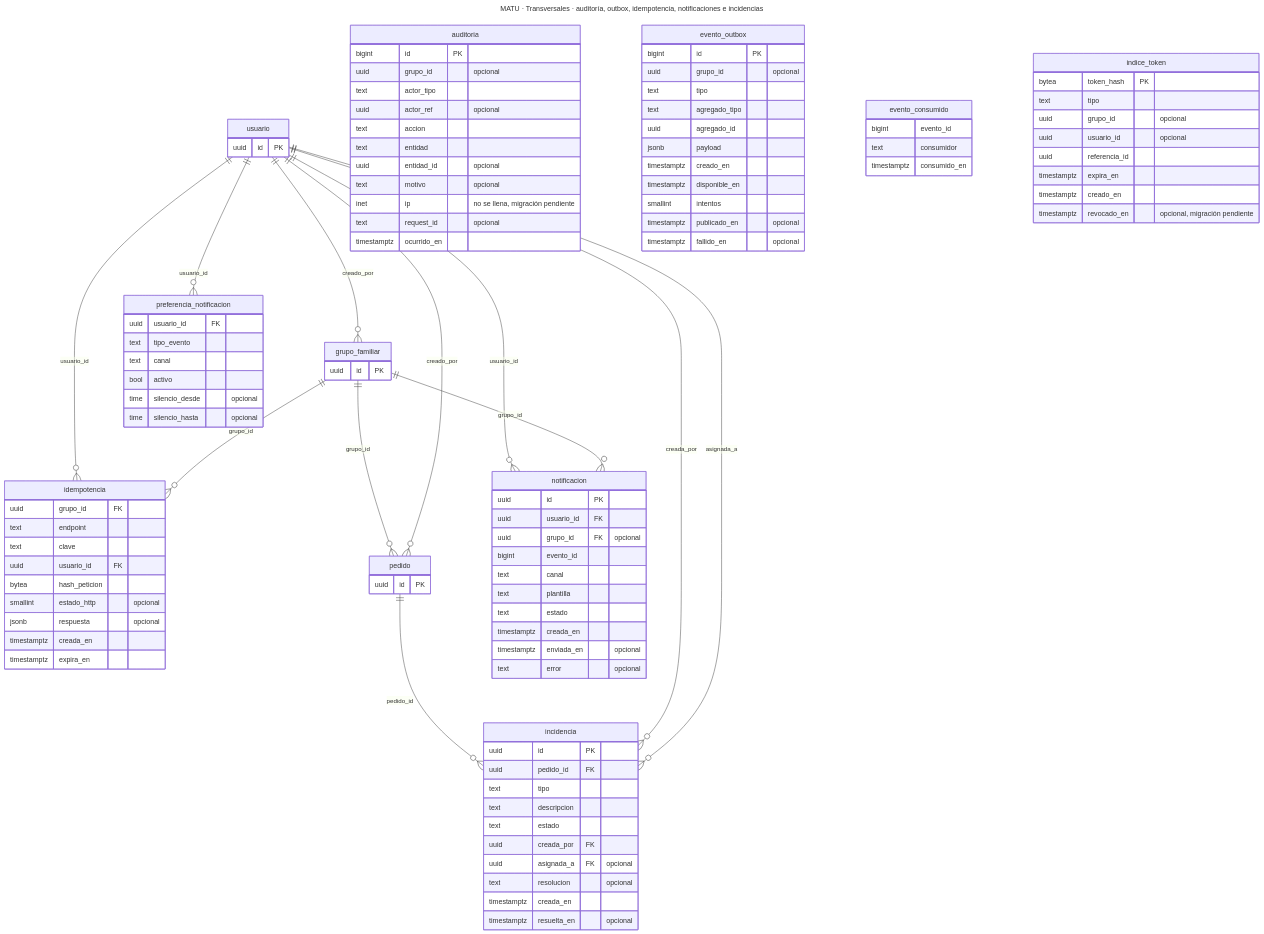
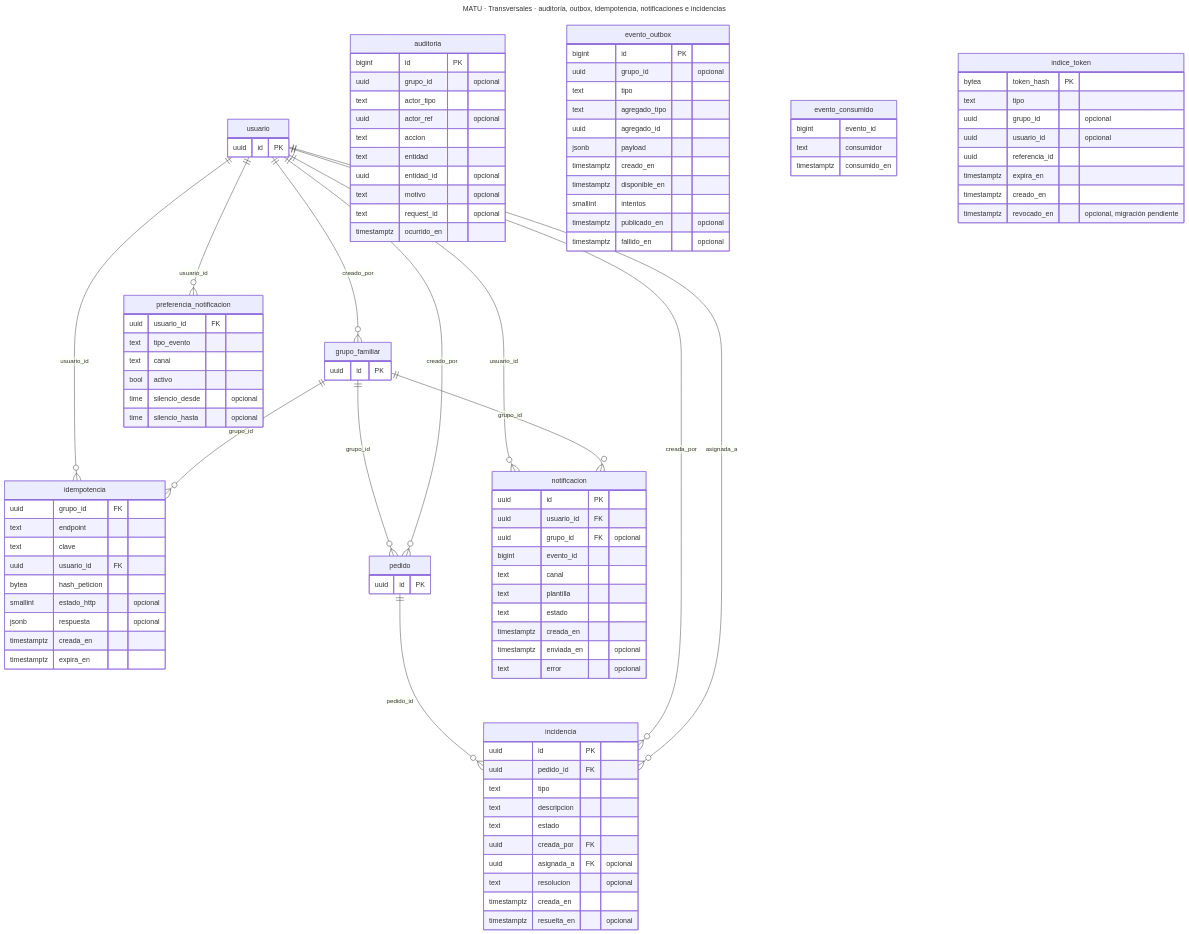
One commit to MartinHenriquez131/MATU changed the ninth of 11 diagrams in docs/modelo-datos.md. Above: the diagram before and after it, drawn with Mermaid. The commit also changed other lines of this file, not shown here.

```diff
--- a/docs/modelo-datos.md
+++ b/docs/modelo-datos.md
@@ -899,7 +899,6 @@
         text entidad
         uuid entidad_id "opcional"
         text motivo "opcional"
-        inet ip "no se llena, migración pendiente"
         text request_id "opcional"
         timestamptz ocurrido_en
     }
```
